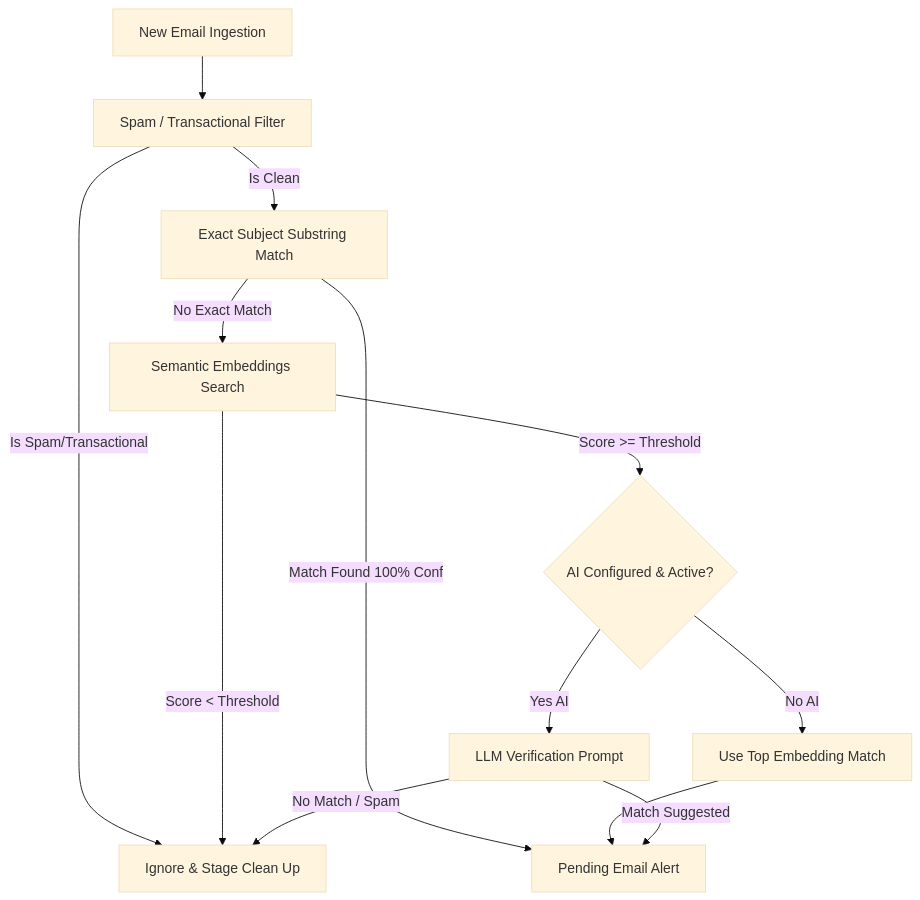
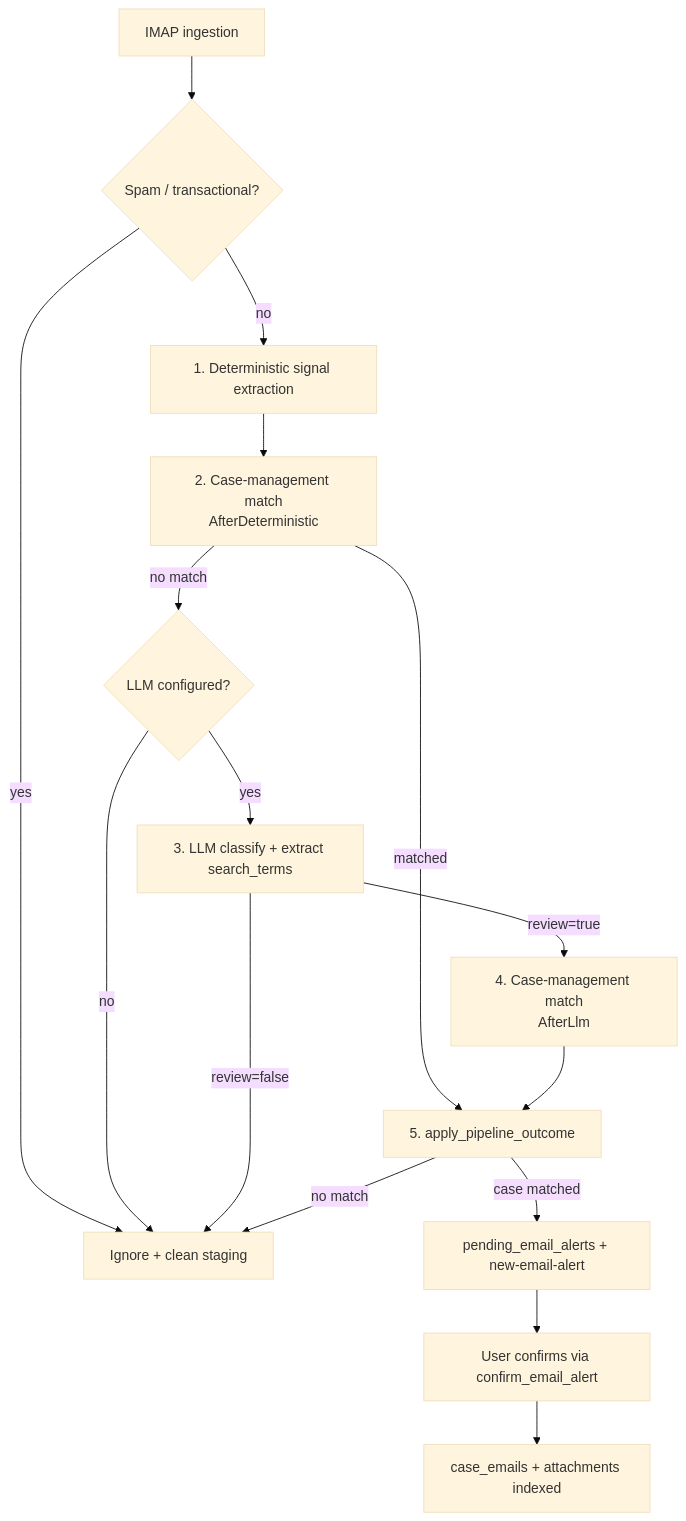
The diagram in docs/emails/email_classification_flow.md (tsemach/doron-desktop), drawn with Mermaid (base theme) before and after one commit. The commit also changed other lines of this file and 18 other files, not shown here.

Commit message:
feat: revisied email classification flow

````diff
--- a/docs/emails/email_classification_flow.md
+++ b/docs/emails/email_classification_flow.md
@@ -9,15 +11,18 @@
 ```mermaid
 graph TD
-    A[New Email Ingestion] --> B[Spam / Transactional Filter]
-    B -- Is Spam/Transactional --> C[Ignore & Stage Clean Up]
-    B -- Is Clean --> D[Exact Subject Substring Match]
-    D -- Match Found 100% Conf --> E[Pending Email Alert]
-    D -- No Exact Match --> F[Semantic Embeddings Search]
-    F -- Score < Threshold --> C
-    F -- Score >= Threshold --> G{AI Configured & Active?}
-    G -- No AI --> H[Use Top Embedding Match]
-    G -- Yes AI --> I[LLM Verification Prompt]
-    H --> E
-    I -- Match Suggested --> E
-    I -- No Match / Spam --> C
+    A[IMAP ingestion] --> B{Spam / transactional?}
+    B -- yes --> Z[Ignore + clean staging]
+    B -- no --> C[1. Deterministic signal extraction]
+    C --> D[2. Case-management match<br/>AfterDeterministic]
+    D -- matched --> G[5. apply_pipeline_outcome]
+    D -- no match --> E{LLM configured?}
+    E -- no --> Z
+    E -- yes --> F[3. LLM classify + extract search_terms]
+    F -- review=false --> Z
+    F -- review=true --> H[4. Case-management match<br/>AfterLlm]
+    H --> G
+    G -- case matched --> I[pending_email_alerts + new-email-alert]
+    G -- no match --> Z
+    I --> J[User confirms via confirm_email_alert]
+    J --> K[case_emails + attachments indexed]
 ```
````
